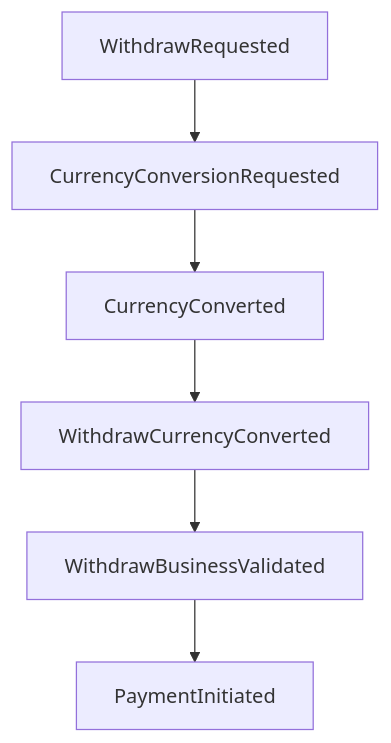
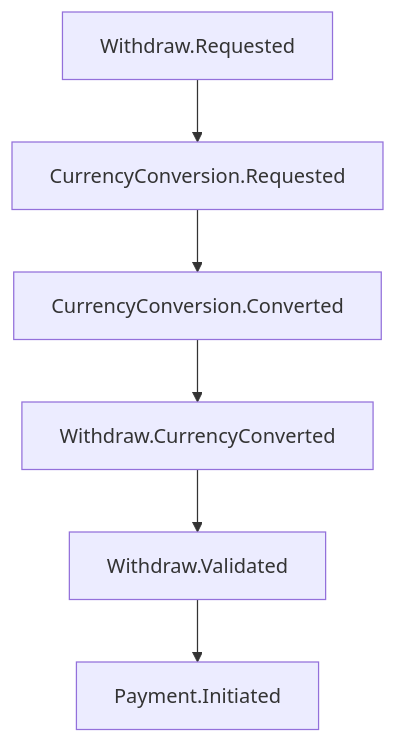
The second of 3 diagrams in docs/architecture.md (amirasaad/fintech), drawn with Mermaid before and after one commit. The commit also changed other lines of this file and 11 other files, not shown here.

````diff
--- a/docs/architecture.md
+++ b/docs/architecture.md
@@ -45,8 +45,8 @@
 ```mermaid
 graph TD
-    A[WithdrawRequested] --> B[CurrencyConversionRequested]
-    B --> C[CurrencyConverted]
-    C --> D[WithdrawCurrencyConverted]
-    D --> E[WithdrawBusinessValidated]
-    E --> F[PaymentInitiated]
+    A[Withdraw.Requested] --> B[CurrencyConversion.Requested]
+    B --> C[CurrencyConversion.Converted]
+    C --> D[Withdraw.CurrencyConverted]
+    D --> E[Withdraw.Validated]
+    E --> F[Payment.Initiated]
 ```
````
